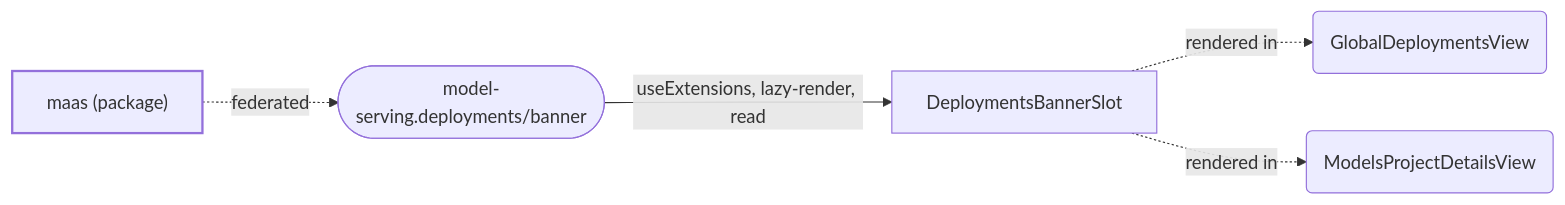
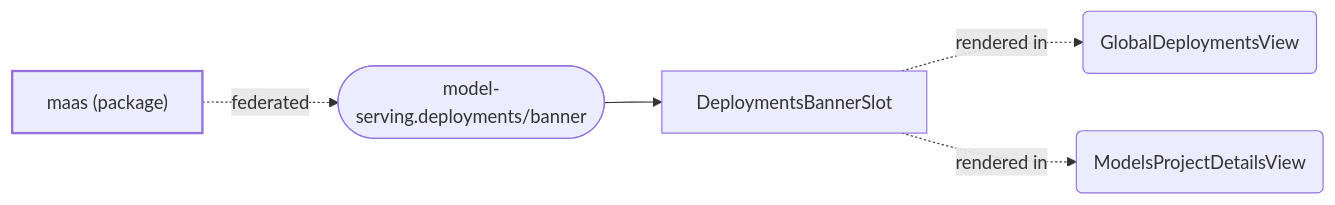
Diagram 13 of 19 in packages/model-serving/docs/extensions.md (mturley/odh-dashboard), drawn with Mermaid before and after one commit. The commit also changed other lines of this file and 28 other files, not shown here.

````diff
--- a/packages/model-serving/docs/extensions.md
+++ b/packages/model-serving/docs/extensions.md
@@ -779,14 +847,14 @@
 ```mermaid
 flowchart LR
   classDef pkg stroke-width:2px
   classDef point stroke-width:1px
   n_pkg__odh_dashboard_maas_87d494["maas (package)"]:::pkg
   n_model_serving_deployments_banner_1a4c0c(["model-serving.deployments/banner"]):::point
   n_pkg__odh_dashboard_maas_87d494 -. "federated" .-> n_model_serving_deployments_banner_1a4c0c
   n_symbol_packages_model_serving_src_components_deployments_DeploymentsBannerSlot_tsx_DeploymentsBannerSlot_7a088d["DeploymentsBannerSlot"]
-  n_model_serving_deployments_banner_1a4c0c -- "useExtensions, lazy-render, read" --> n_symbol_packages_model_serving_src_components_deployments_DeploymentsBannerSlot_tsx_DeploymentsBannerSlot_7a088d
+  n_model_serving_deployments_banner_1a4c0c --> n_symbol_packages_model_serving_src_components_deployments_DeploymentsBannerSlot_tsx_DeploymentsBannerSlot_7a088d
   n_symbol_packages_model_serving_src_components_global_GlobalDeploymentsView_tsx_GlobalDeploymentsView_65ef1e("GlobalDeploymentsView")
   n_symbol_packages_model_serving_src_components_projectDetails_ModelsProjectDetailsView_tsx_ModelsProjectDetailsView_00505c("ModelsProjectDetailsView")
   n_symbol_packages_model_serving_src_components_deployments_DeploymentsBannerSlot_tsx_DeploymentsBannerSlot_7a088d -. "rendered in" .-> n_symbol_packages_model_serving_src_components_global_GlobalDeploymentsView_tsx_GlobalDeploymentsView_65ef1e
   n_symbol_packages_model_serving_src_components_deployments_DeploymentsBannerSlot_tsx_DeploymentsBannerSlot_7a088d -. "rendered in" .-> n_symbol_packages_model_serving_src_components_projectDetails_ModelsProjectDetailsView_tsx_ModelsProjectDetailsView_00505c
 ```
````
